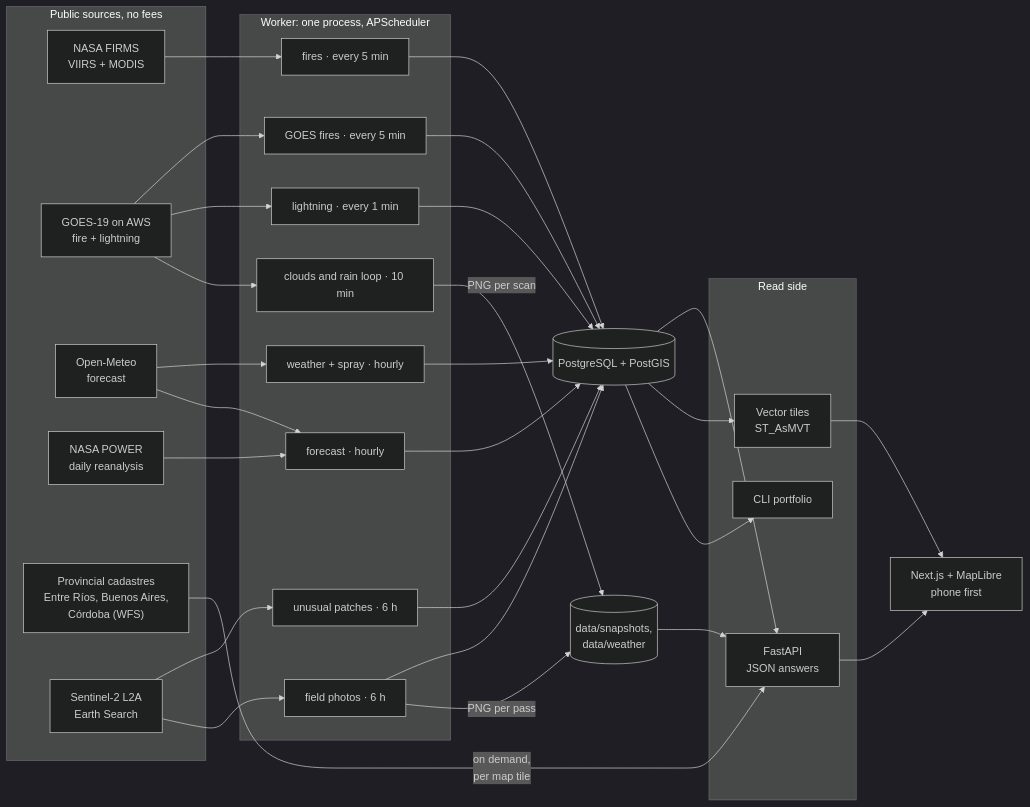
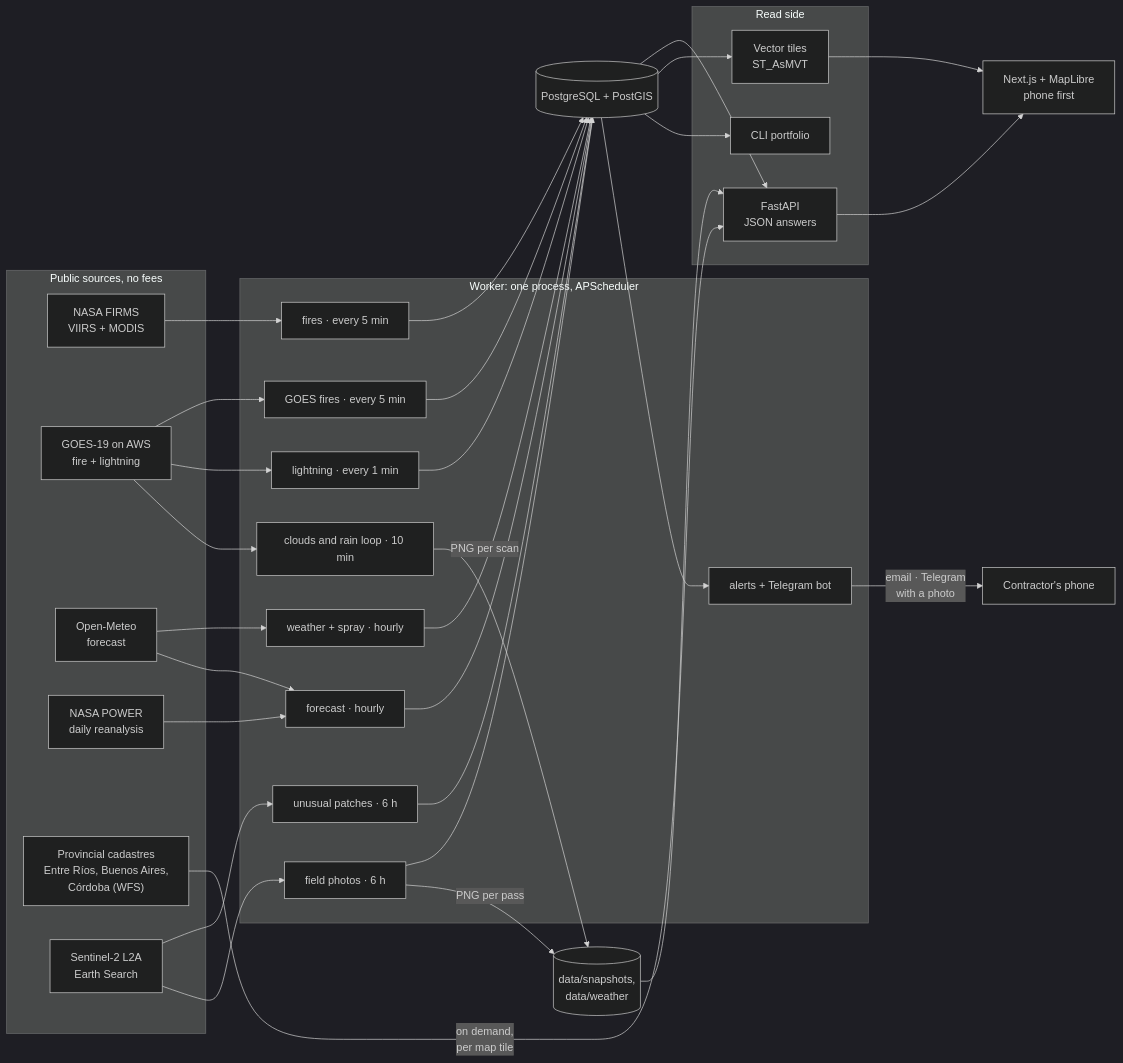
Before and after one commit to nickyperrone/Fire-Detection-System: the second of 20 diagrams in README.md, drawn with Mermaid (dark theme). The commit also changed other lines of this file, not shown here.

Commit message:
Bring the README up to date: live site, bot, sign-in, security, areas to check, map

````diff
--- a/README.md
+++ b/README.md
@@ -95,40 +113,43 @@
 ```mermaid
 flowchart LR
     subgraph SOURCES["Public sources, no fees"]
         FIRMS["NASA FIRMS<br/>VIIRS + MODIS"]
         GOES["GOES-19 on AWS<br/>fire + lightning"]
         METEO["Open-Meteo<br/>forecast"]
         POWER["NASA POWER<br/>daily reanalysis"]
         ATER["Provincial cadastres<br/>Entre Ríos, Buenos Aires,<br/>Córdoba (WFS)"]
         S2["Sentinel-2 L2A<br/>Earth Search"]
     end
     subgraph WORKER["Worker: one process, APScheduler"]
         J1["fires · every 5 min"]
         J2["GOES fires · every 5 min"]
         J3["lightning · every 1 min"]
         J4["weather + spray · hourly"]
         J5["forecast · hourly"]
         J6["unusual patches · 6 h"]
         J7["field photos · 6 h"]
         J8["clouds and rain loop · 10 min"]
+        J9["alerts + Telegram bot"]
     end
     DB[("PostgreSQL + PostGIS")]
     subgraph READ["Read side"]
         API["FastAPI<br/>JSON answers"]
         TILES["Vector tiles<br/>ST_AsMVT"]
         CLI["CLI portfolio"]
     end
     WEB["Next.js + MapLibre<br/>phone first"]
     FIRMS --> J1
     GOES --> J2 & J3 & J8
     METEO --> J4 & J5
     POWER --> J5
     S2 --> J6 & J7
     J1 & J2 & J3 & J4 & J5 & J6 & J7 --> DB
     J7 -- "PNG per pass" --> FILES[("data/snapshots,<br/>data/weather")]
     J8 -- "PNG per scan" --> FILES
     FILES --> API
+    DB --> J9
+    J9 -- "email · Telegram<br/>with a photo" --> OUT["Contractor's phone"]
     ATER -- "on demand,<br/>per map tile" --> API
     DB --> API & TILES & CLI
     API & TILES --> WEB
 ```
````
